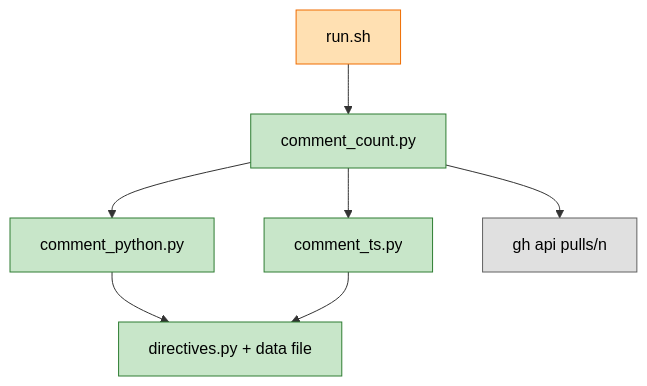
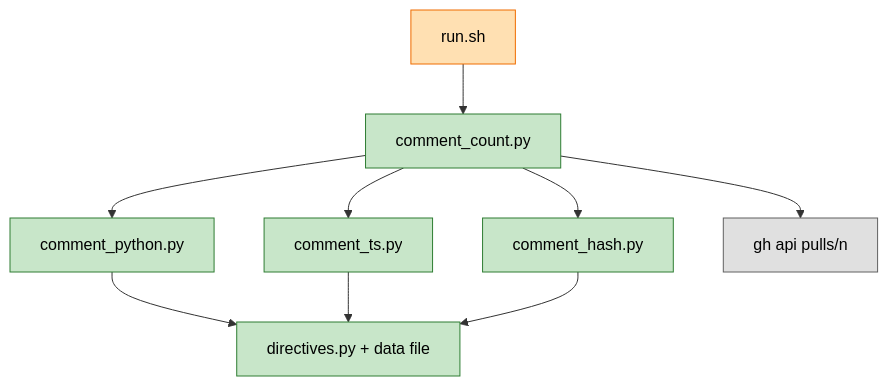
The diagram in docs/plans/2026-11-22-comment-count-rule.md (Fredheda/Personal-Blog-Studio), drawn with Mermaid before and after one commit. The commit also changed other lines of this file and 2 other files, not shown here.

````diff
--- a/docs/plans/2026-11-22-comment-count-rule.md
+++ b/docs/plans/2026-11-22-comment-count-rule.md
@@ -23,18 +24,21 @@
 ```mermaid
 flowchart TB
   classDef new fill:#c8e6c9,stroke:#2e7d32,color:#000
   classDef changed fill:#ffe0b2,stroke:#ef6c00,color:#000
   classDef unchanged fill:#e0e0e0,stroke:#616161,color:#000
   run["run.sh"]:::changed
   cc["comment_count.py"]:::new
   py["comment_python.py"]:::new
   ts["comment_ts.py"]:::new
+  hs["comment_hash.py"]:::new
   dir["directives.py + data file"]:::new
   api["gh api pulls/n"]:::unchanged
   run --> cc
   cc --> py
   cc --> ts
+  cc --> hs
   py --> dir
   ts --> dir
+  hs --> dir
   cc --> api
 ```
````
